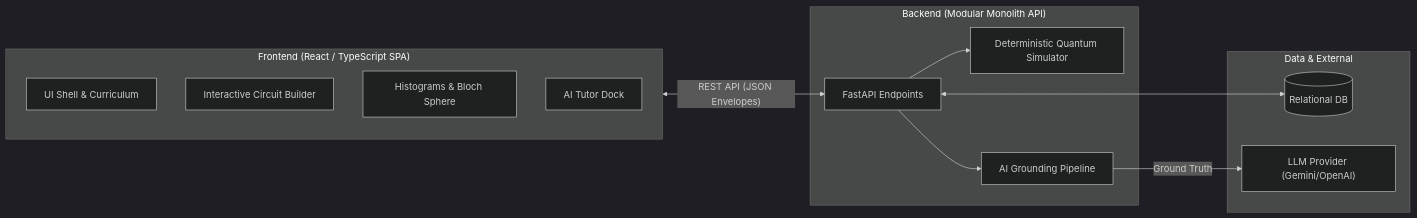
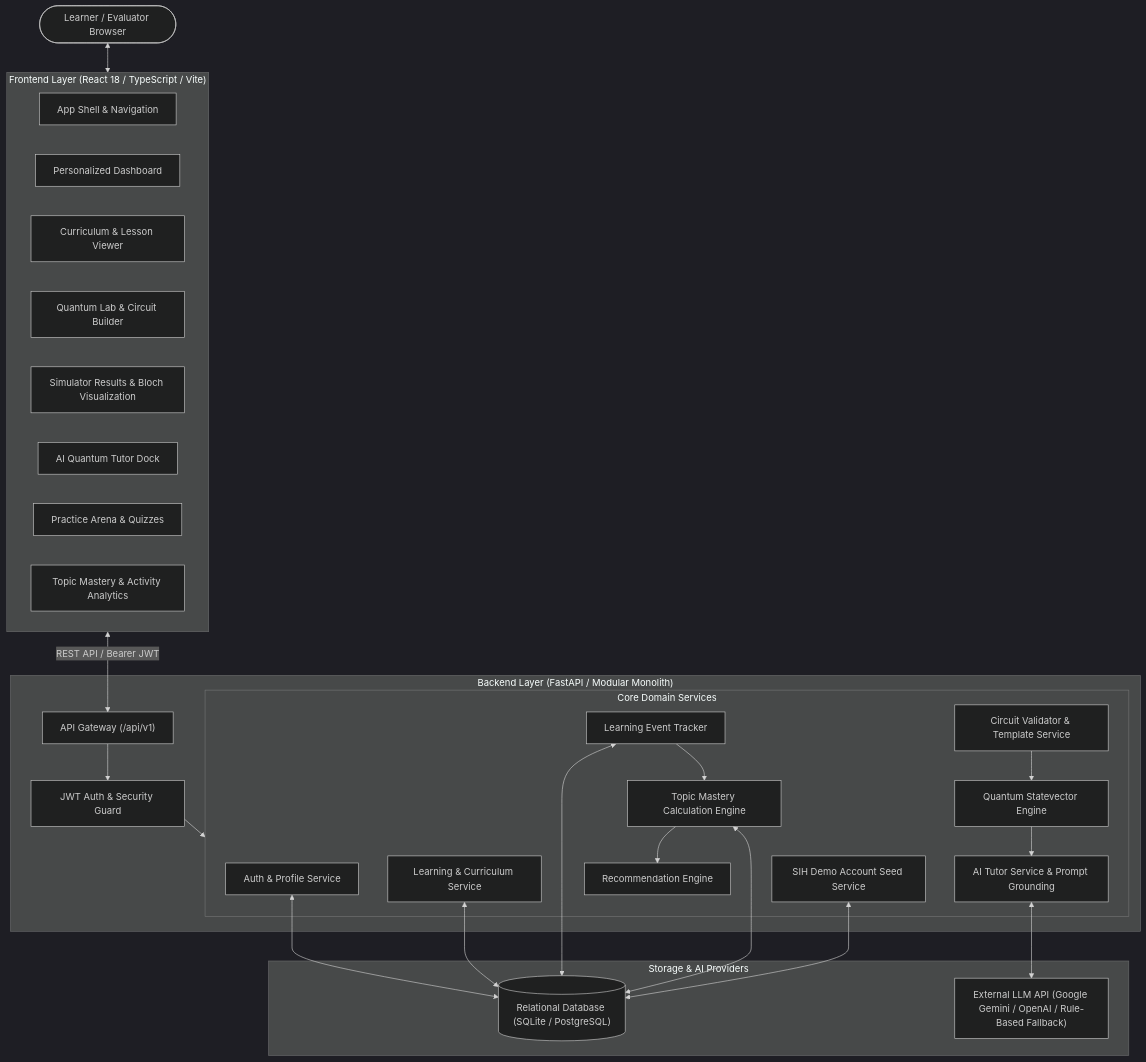
One commit to vaibhavmittaldev/QUANTUMANIA changed the diagram in README.md. Above: the diagram before and after it, drawn with Mermaid (dark theme). The commit also changed other lines of this file and 13 other files, not shown here.

First line of the commit message:
feat(phase-07): production readiness, full integration, validation and final SIH demo

````diff
--- a/README.md
+++ b/README.md
@@ -35,26 +55,55 @@
 ```mermaid
-graph LR
-    subgraph Client["Frontend (React / TypeScript SPA)"]
-        UI["UI Shell & Curriculum"]
-        Canvas["Interactive Circuit Builder"]
-        Viz["Histograms & Bloch Sphere"]
-        TutorUI["AI Tutor Dock"]
+graph TD
+    Learner(["Learner / Evaluator Browser"])
+    
+    subgraph Frontend["Frontend Layer (React 18 / TypeScript / Vite)"]
+        Nav["App Shell & Navigation"]
+        DashView["Personalized Dashboard"]
+        LearnView["Curriculum & Lesson Viewer"]
+        LabView["Quantum Lab & Circuit Builder"]
+        SimView["Simulator Results & Bloch Visualization"]
+        TutorDock["AI Quantum Tutor Dock"]
+        PracticeView["Practice Arena & Quizzes"]
+        ProgressView["Topic Mastery & Activity Analytics"]
     end
 
-    subgraph Server["Backend (Modular Monolith API)"]
-        API["FastAPI Endpoints"]
-        SimEngine["Deterministic Quantum Simulator"]
-        ContextBuilder["AI Grounding Pipeline"]
+    subgraph BackendAPI["Backend Layer (FastAPI / Modular Monolith)"]
+        Gateway["API Gateway (/api/v1)"]
+        AuthMiddleware["JWT Auth & Security Guard"]
+        
+        subgraph Services["Core Domain Services"]
+            AuthSvc["Auth & Profile Service"]
+            LearnSvc["Learning & Curriculum Service"]
+            CircuitSvc["Circuit Validator & Template Service"]
+            SimSvc["Quantum Statevector Engine"]
+            TutorSvc["AI Tutor Service & Prompt Grounding"]
+            EventSvc["Learning Event Tracker"]
+            MasterySvc["Topic Mastery Calculation Engine"]
+            RecSvc["Recommendation Engine"]
+            DemoSvc["SIH Demo Account Seed Service"]
+        end
     end
 
-    subgraph Persistence["Data & External"]
-        DB[("Relational DB")]
-        LLM["LLM Provider (Gemini/OpenAI)"]
+    subgraph Persistence["Storage & AI Providers"]
+        DB[("Relational Database (SQLite / PostgreSQL)")]
+        AIProvider["External LLM API (Google Gemini / OpenAI / Rule-Based Fallback)"]
     end
 
-    Client <-->|"REST API (JSON Envelopes)"| API
-    API <--> DB
-    API --> SimEngine
-    API --> ContextBuilder
-    ContextBuilder -->|"Ground Truth"| LLM
+    Learner <--> Frontend
+    Frontend <-->|"REST API / Bearer JWT"| Gateway
+    Gateway --> AuthMiddleware
+    AuthMiddleware --> Services
+
+    AuthSvc <--> DB
+    LearnSvc <--> DB
+    EventSvc <--> DB
+    MasterySvc <--> DB
+    DemoSvc <--> DB
+    
+    CircuitSvc --> SimSvc
+    SimSvc --> TutorSvc
+    TutorSvc <--> AIProvider
+    
+    EventSvc --> MasterySvc
+    MasterySvc --> RecSvc
 ```
````
